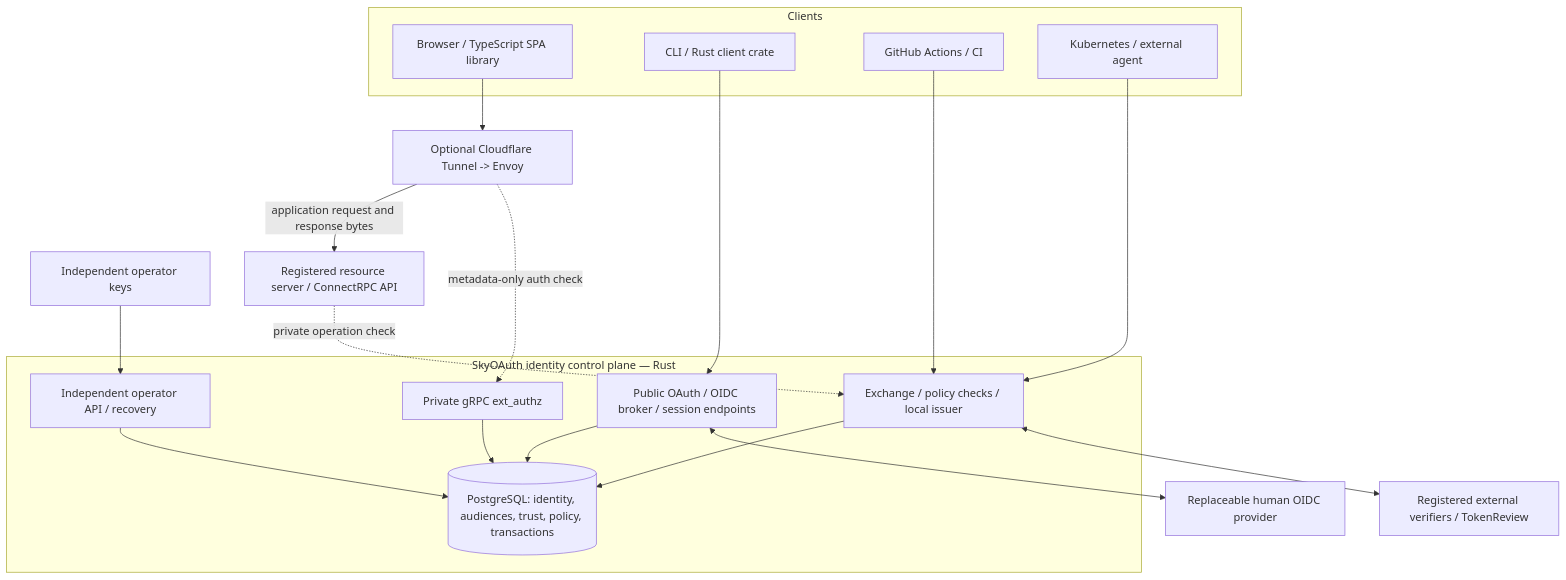
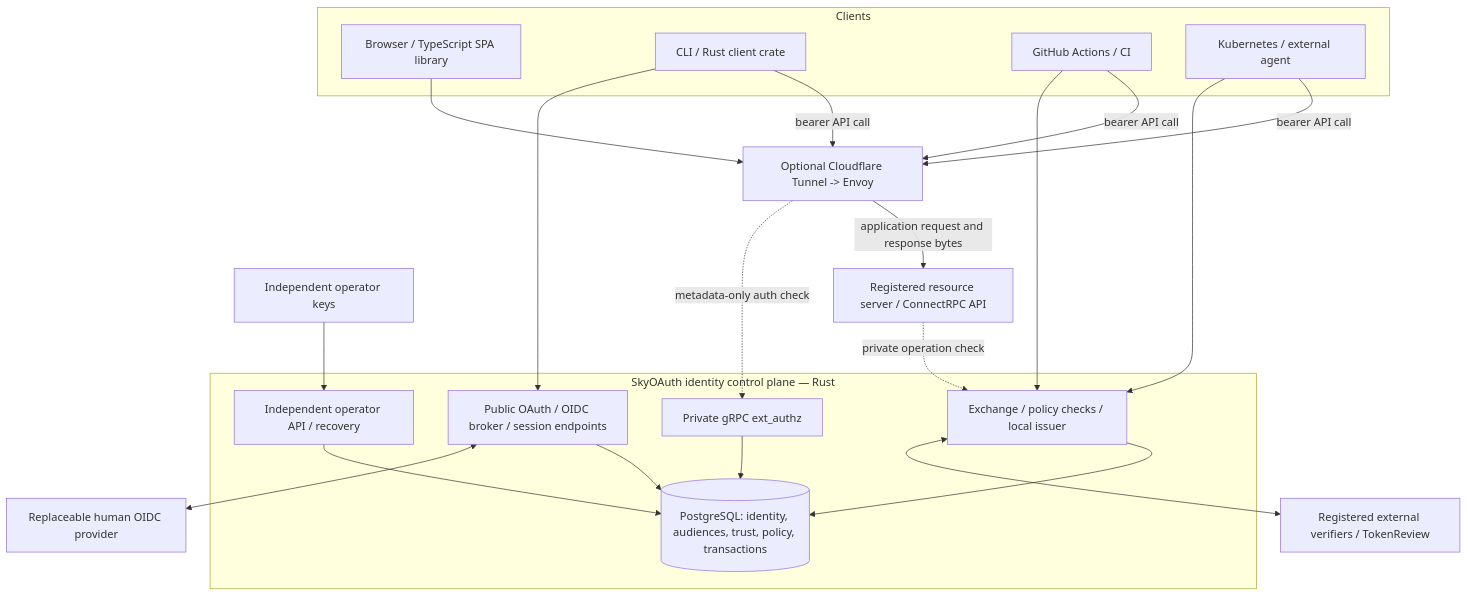
One commit to skyoauth/skyoauth changed the diagram in docs/skyoauth-design.md. Above: the diagram before and after it, drawn with Mermaid. The commit also changed other lines of this file and 1 other file, not shown here.

```diff
--- a/docs/skyoauth-design.md
+++ b/docs/skyoauth-design.md
@@ -59,35 +67,38 @@
 ~~~mermaid
 flowchart TB
   subgraph Clients
     B[Browser / TypeScript SPA library]
     C[CLI / Rust client crate]
     G[GitHub Actions / CI]
     K[Kubernetes / external agent]
   end
   subgraph Identity["SkyOAuth identity control plane — Rust"]
     PUB[Public OAuth / OIDC broker / session endpoints]
     EXT[Private gRPC ext_authz]
     EX[Exchange / policy checks / local issuer]
     ADM[Independent operator API / recovery]
     DB[(PostgreSQL: identity, audiences, trust, policy, transactions)]
   end
   U[Replaceable human OIDC provider]
   J[Registered external verifiers / TokenReview]
   O[Independent operator keys]
   EDGE[Optional Cloudflare Tunnel -> Envoy]
   API[Registered resource server / ConnectRPC API]
   B --> EDGE
   C --> PUB
   G --> EX
   K --> EX
+  C -->|bearer API call| EDGE
+  G -->|bearer API call| EDGE
+  K -->|bearer API call| EDGE
   O --> ADM
   ADM --> DB
   PUB <--> U
   PUB --> DB
   EX <--> J
   EX --> DB
   EDGE -. metadata-only auth check .-> EXT
   EXT --> DB
   EDGE -->|application request and response bytes| API
   API -. private operation check .-> EX
 ~~~
```
